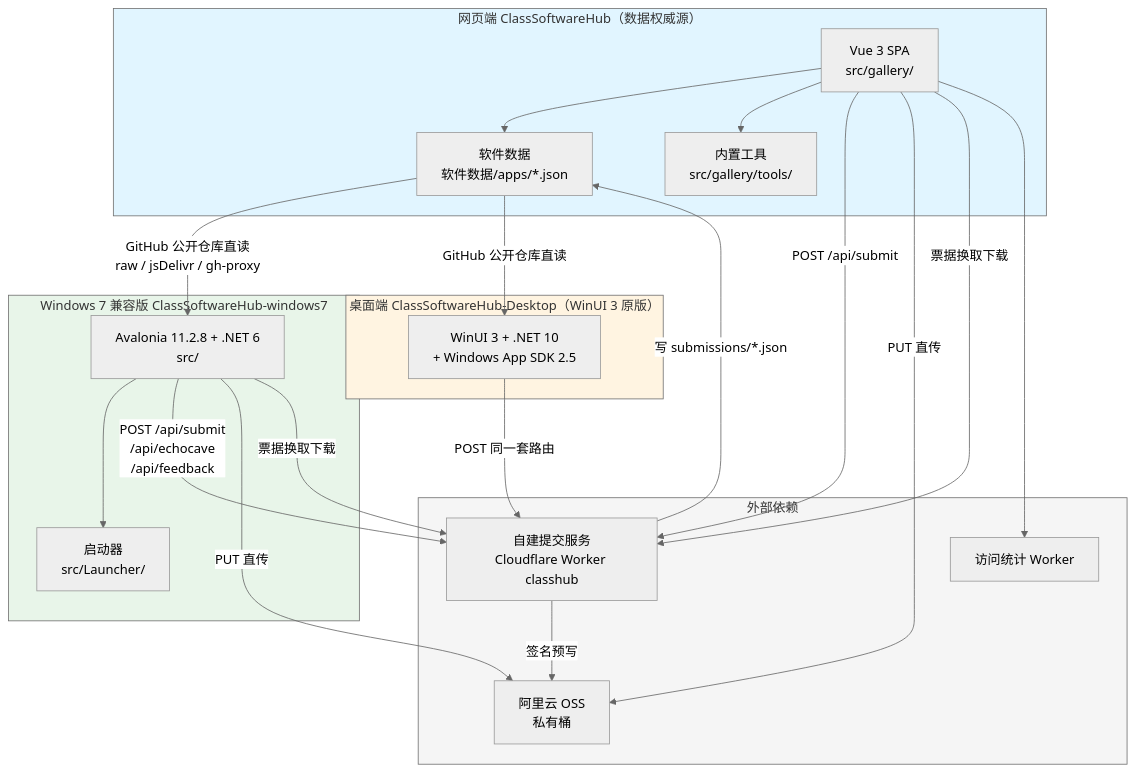
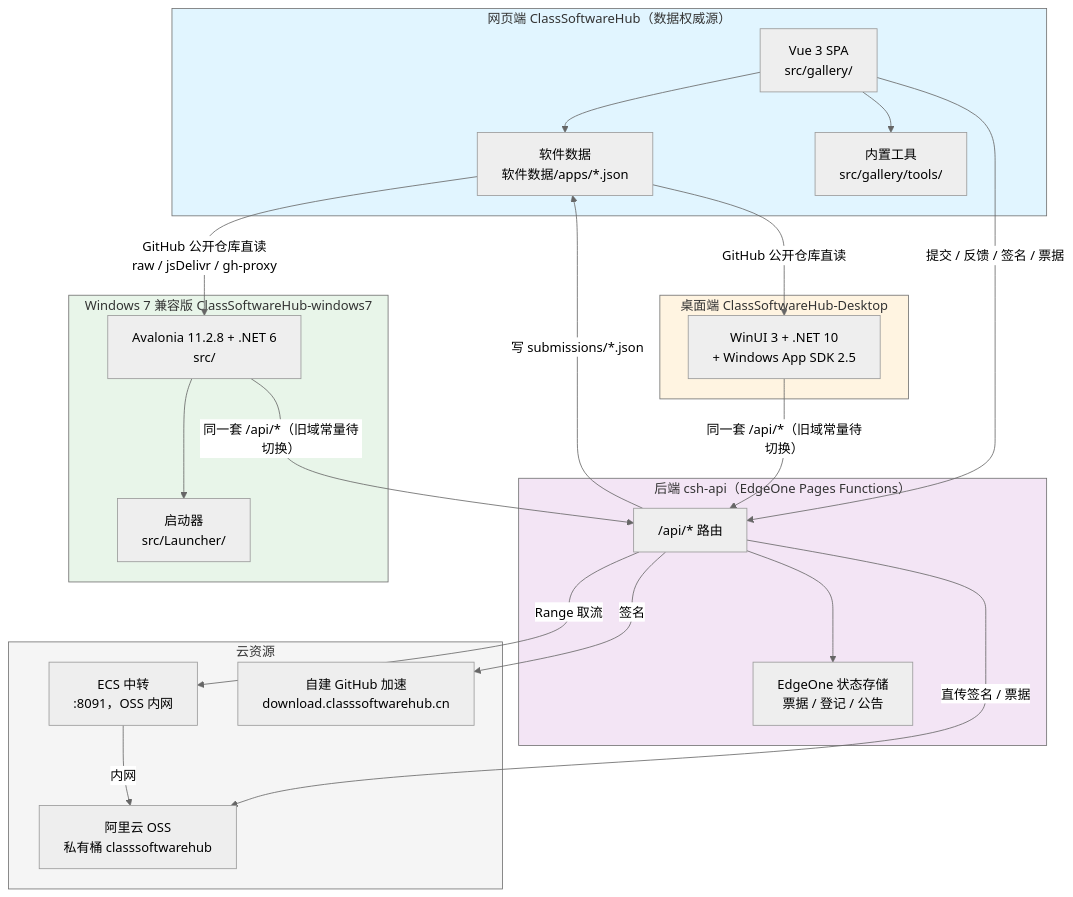
Before and after one commit to c1201y/classsoftwarehub-docs: the first of 4 diagrams in docs/dev/architecture.md, drawn with Mermaid (neutral theme). The commit also changed other lines of this file and 37 other files, not shown here.

First line of the commit message:
docs: 补齐 Windows 10 桌面端文档并同步 EdgeOne 后端

````diff
--- a/docs/dev/architecture.md
+++ b/docs/dev/architecture.md
@@ -10,44 +10,49 @@
 ```mermaid
 graph TB
     subgraph Web["网页端 ClassSoftwareHub（数据权威源）"]
         VueApp["Vue 3 SPA<br/>src/gallery/"]
         Data["软件数据<br/>软件数据/apps/*.json"]
         Tools["内置工具<br/>src/gallery/tools/"]
         VueApp --> Data
         VueApp --> Tools
     end
 
-    subgraph DesktopWinUI["桌面端 ClassSoftwareHub-Desktop（WinUI 3 原版）"]
+    subgraph API["后端 csh-api（EdgeOne Pages Functions）"]
+        Routes["/api/* 路由"]
+        State["EdgeOne 状态存储<br/>票据 / 登记 / 公告"]
+        Routes --> State
+    end
+
+    subgraph Win10["桌面端 ClassSoftwareHub-Desktop"]
         WinUI["WinUI 3 + .NET 10<br/>+ Windows App SDK 2.5"]
     end
 
-    subgraph DesktopWin7["Windows 7 兼容版 ClassSoftwareHub-windows7"]
+    subgraph Win7["Windows 7 兼容版 ClassSoftwareHub-windows7"]
         Avalonia["Avalonia 11.2.8 + .NET 6<br/>src/"]
         Launcher["启动器<br/>src/Launcher/"]
         Avalonia --> Launcher
     end
 
-    subgraph External["外部依赖"]
-        Worker["自建提交服务<br/>Cloudflare Worker classhub"]
-        OSS["阿里云 OSS<br/>私有桶"]
-        Stats["访问统计 Worker"]
+    subgraph Cloud["云资源"]
+        OSS["阿里云 OSS<br/>私有桶 classsoftwarehub"]
+        ECS["ECS 中转<br/>:8091，OSS 内网"]
+        Mirror["自建 GitHub 加速<br/>download.classsoftwarehub.cn"]
     end
 
     Data -->|"GitHub 公开仓库直读<br/>raw / jsDelivr / gh-proxy"| Avalonia
     Data -->|"GitHub 公开仓库直读"| WinUI
-    VueApp -->|"POST /api/submit"| Worker
-    Avalonia -->|"POST /api/submit<br/>/api/echocave<br/>/api/feedback"| Worker
-    WinUI -->|"POST 同一套路由"| Worker
-    Worker -->|"写 submissions/*.json"| Data
-    Worker -->|"签名预写"| OSS
-    VueApp -->|"PUT 直传"| OSS
-    Avalonia -->|"PUT 直传"| OSS
-    VueApp -->|"票据换取下载"| Worker
-    Avalonia -->|"票据换取下载"| Worker
-    VueApp --> Stats
+    VueApp -->|"提交 / 反馈 / 签名 / 票据"| Routes
+    WinUI -->|"同一套 /api/*（旧域常量待切换）"| Routes
+    Avalonia -->|"同一套 /api/*（旧域常量待切换）"| Routes
+    Routes -->|"写 submissions/*.json"| Data
+    Routes -->|"直传签名 / 票据"| OSS
+    Routes -->|"Range 取流"| ECS
+    ECS -->|"内网"| OSS
+    Routes -->|"签名"| Mirror
 
     style Web fill:#e1f5ff
-    style DesktopWinUI fill:#fff4e1
-    style DesktopWin7 fill:#e8f5e9
-    style External fill:#f5f5f5
+    style API fill:#f3e5f5
+    style Win10 fill:#fff4e1
+    style Win7 fill:#e8f5e9
+    style Cloud fill:#f5f5f5
 ```
````
